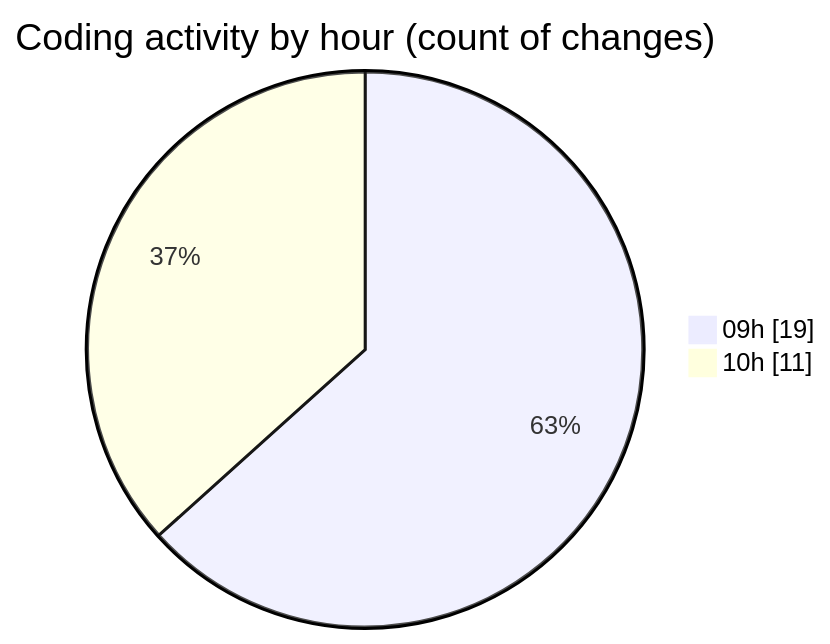
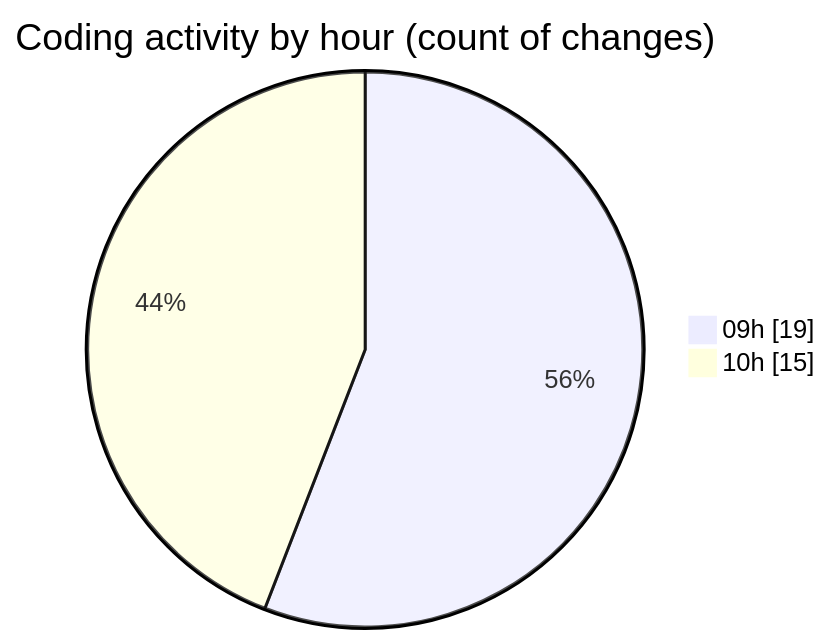
One commit to momahboobian/code-tracking changed the second of 2 diagrams in 2025-09-05/cda/README.md. Above: the diagram before and after it, drawn with Mermaid. The commit also changed other lines of this file and 1 other file, not shown here.

````diff
--- a/2025-09-05/cda/README.md
+++ b/2025-09-05/cda/README.md
@@ -32,6 +32,6 @@
 ```mermaid
 pie showData
 title Coding activity by hour (count of changes)
 "09h" : 19
-"10h" : 11
+"10h" : 15
 ```
````
